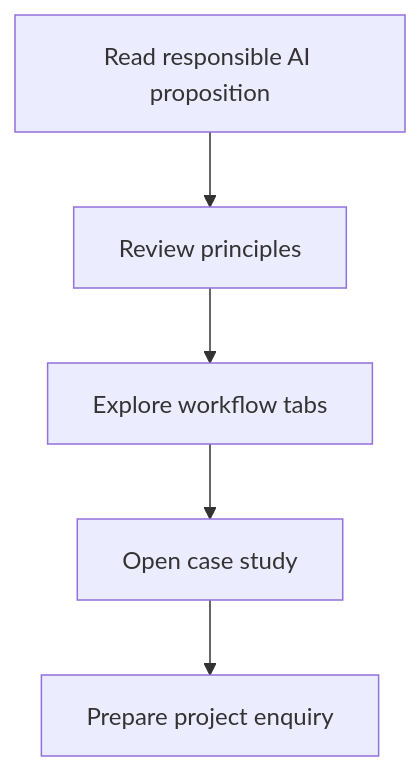
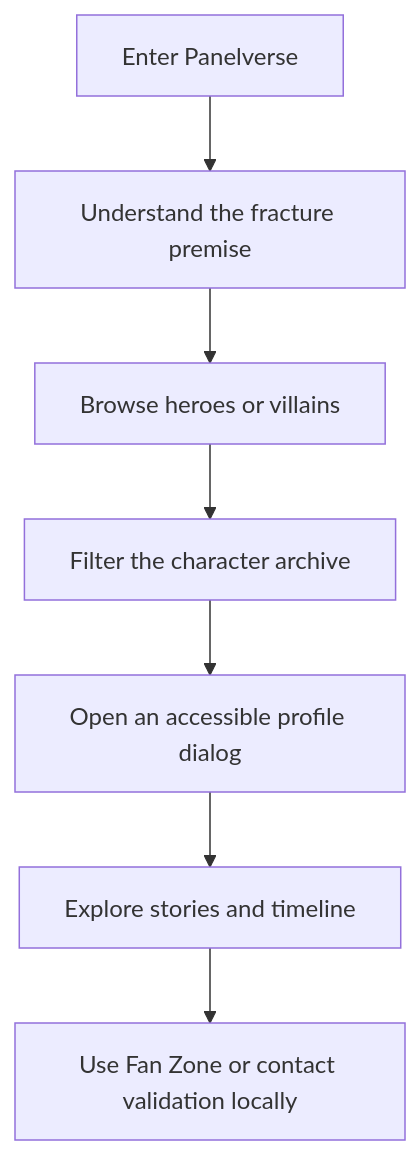
One commit to mim242-40-002-dot/prompt-and-pixel-ai changed the diagram in docs/user-flow.md. Above: the diagram before and after it, drawn with Mermaid. The commit also changed other lines of this file and 57 other files, not shown here.

````diff
--- a/docs/user-flow.md
+++ b/docs/user-flow.md
@@ -3,12 +3,11 @@
 ```mermaid
 flowchart TD
-    A[Read responsible AI proposition]
-    B[Review principles]
-    C[Explore workflow tabs]
-    D[Open case study]
-    E[Prepare project enquiry]
-    A --> B
-    B --> C
-    C --> D
-    D --> E
+    A[Enter Panelverse]
+    B[Understand the fracture premise]
+    C[Browse heroes or villains]
+    D[Filter the character archive]
+    E[Open an accessible profile dialog]
+    F[Explore stories and timeline]
+    G[Use Fan Zone or contact validation locally]
+    A --> B --> C --> D --> E --> F --> G
 ```
````
